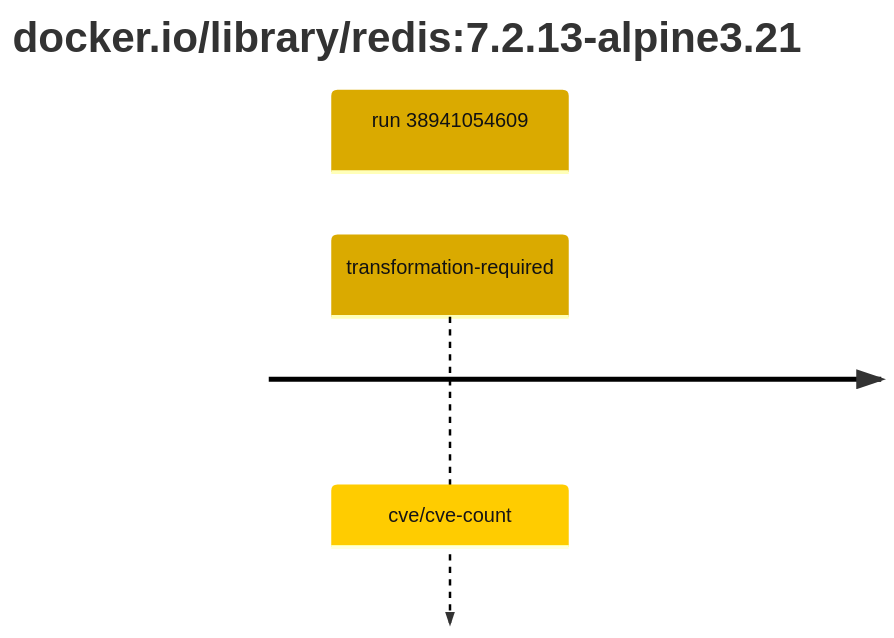
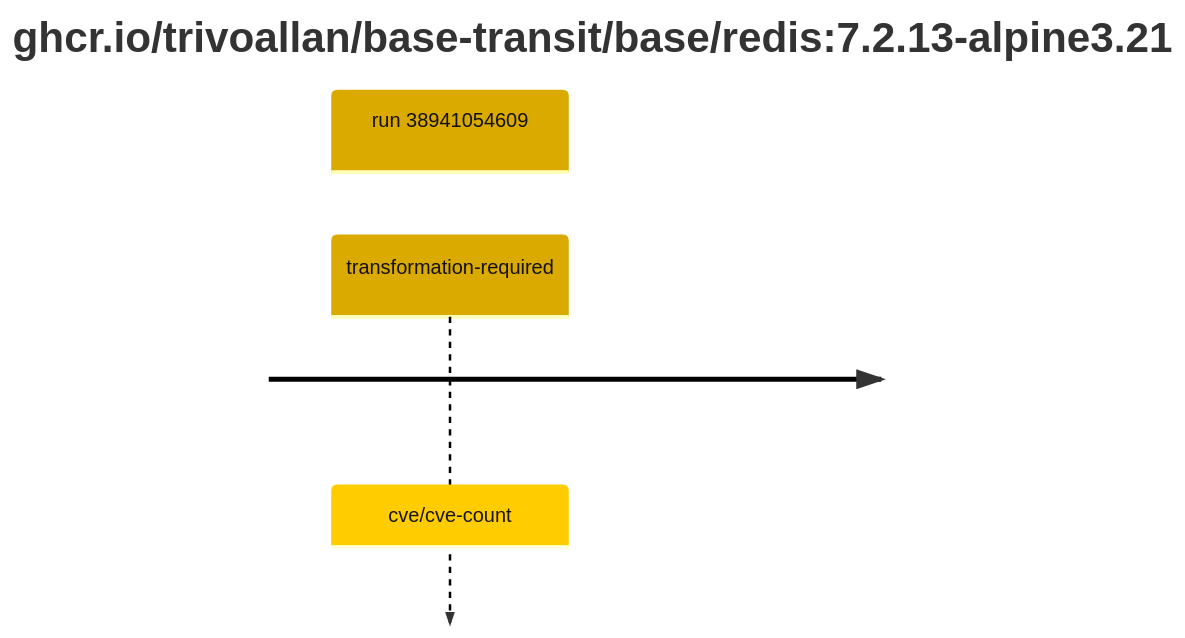
One commit to trivoallan/base-images changed the second of 2 diagrams in results/reports/base-redis-7/sha256:9907ac0c435717b4d95697cb4d0ce77d100b1d21269a01a0ce66f27335184c38.md. Above: the diagram before and after it, drawn with Mermaid. The commit also changed other lines of this file and 30 other files, not shown here.

Commit message:
journal(base-redis-7): décisions du criblage, seconde porte

````diff
--- a/results/reports/base-redis-7/sha256:9907ac0c435717b4d95697cb4d0ce77d100b1d21269a01a0ce66f27335184c38.md
+++ b/results/reports/base-redis-7/sha256:9907ac0c435717b4d95697cb4d0ce77d100b1d21269a01a0ce66f27335184c38.md
@@ -5,7 +24,7 @@
 ```mermaid
 %%{init: {"theme": "default", "themeVariables": {"cScale0": "#daaa00", "cScaleLabel0": "#121212"}}}%%
 timeline
-    title docker.io/library/redis#58;7.2.13-alpine3.21
+    title ghcr.io/trivoallan/base-transit/base/redis#58;7.2.13-alpine3.21
     section run 38941054609
         transformation-required : cve/cve-count
 ```
````
